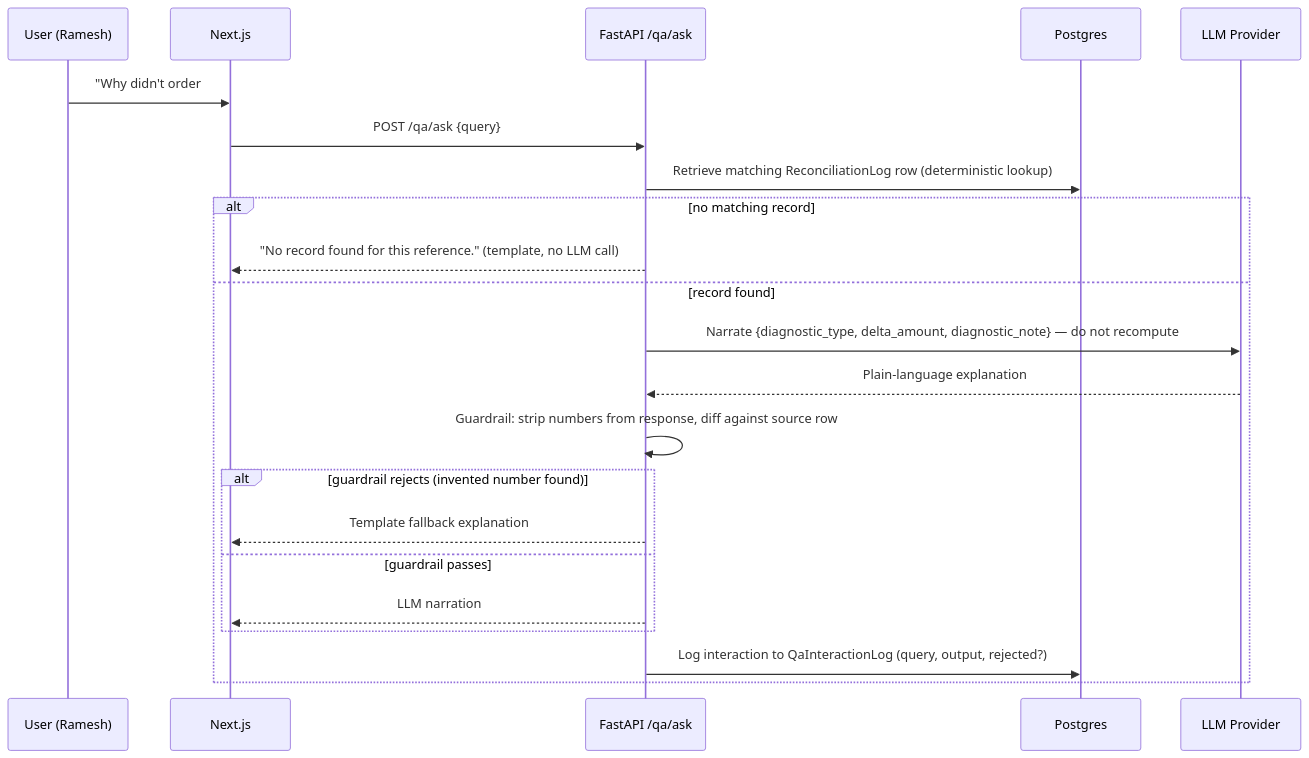
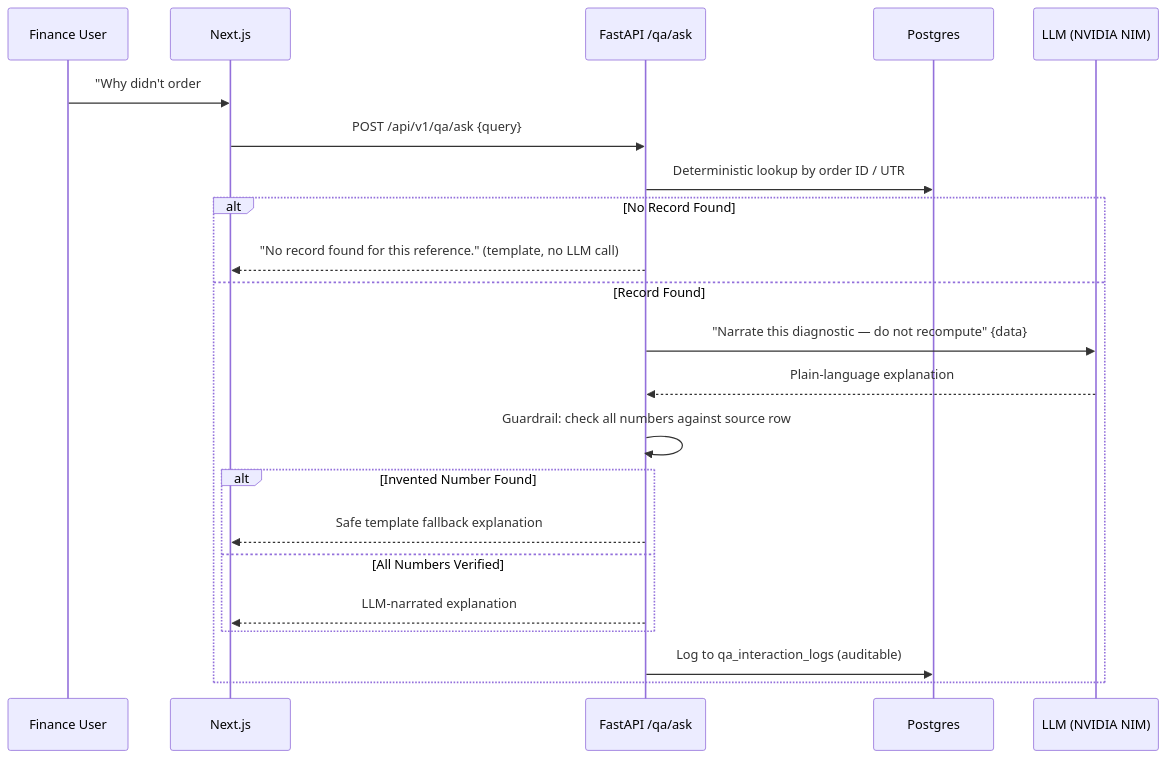
Before and after one commit to AkshayHaldar/ReconGrid-AI: the fourth of 4 diagrams in SYSTEM-DESIGN.md, drawn with Mermaid. The commit also changed other lines of this file and 7 other files, not shown here.

````diff
--- a/SYSTEM-DESIGN.md
+++ b/SYSTEM-DESIGN.md
@@ -96,25 +112,25 @@
 ```mermaid
 sequenceDiagram
-    participant U as User (Ramesh)
+    participant User as Finance User
     participant FE as Next.js
     participant API as FastAPI /qa/ask
     participant DB as Postgres
-    participant LLM as LLM Provider
+    participant LLM as LLM (NVIDIA NIM)
 
-    U->>FE: "Why didn't order #4521 settle correctly?"
-    FE->>API: POST /qa/ask {query}
-    API->>DB: Retrieve matching ReconciliationLog row (deterministic lookup)
-    alt no matching record
+    User->>FE: "Why didn't order #4521 settle correctly?"
+    FE->>API: POST /api/v1/qa/ask {query}
+    API->>DB: Deterministic lookup by order ID / UTR
+    alt No Record Found
         API-->>FE: "No record found for this reference." (template, no LLM call)
-    else record found
-        API->>LLM: Narrate {diagnostic_type, delta_amount, diagnostic_note} — do not recompute
+    else Record Found
+        API->>LLM: "Narrate this diagnostic — do not recompute" {data}
         LLM-->>API: Plain-language explanation
-        API->>API: Guardrail: strip numbers from response, diff against source row
-        alt guardrail rejects (invented number found)
-            API-->>FE: Template fallback explanation
-        else guardrail passes
-            API-->>FE: LLM narration
+        API->>API: Guardrail: check all numbers against source row
+        alt Invented Number Found
+            API-->>FE: Safe template fallback explanation
+        else All Numbers Verified
+            API-->>FE: LLM-narrated explanation
         end
-        API->>DB: Log interaction to QaInteractionLog (query, output, rejected?)
+        API->>DB: Log to qa_interaction_logs (auditable)
     end
 ```
````
